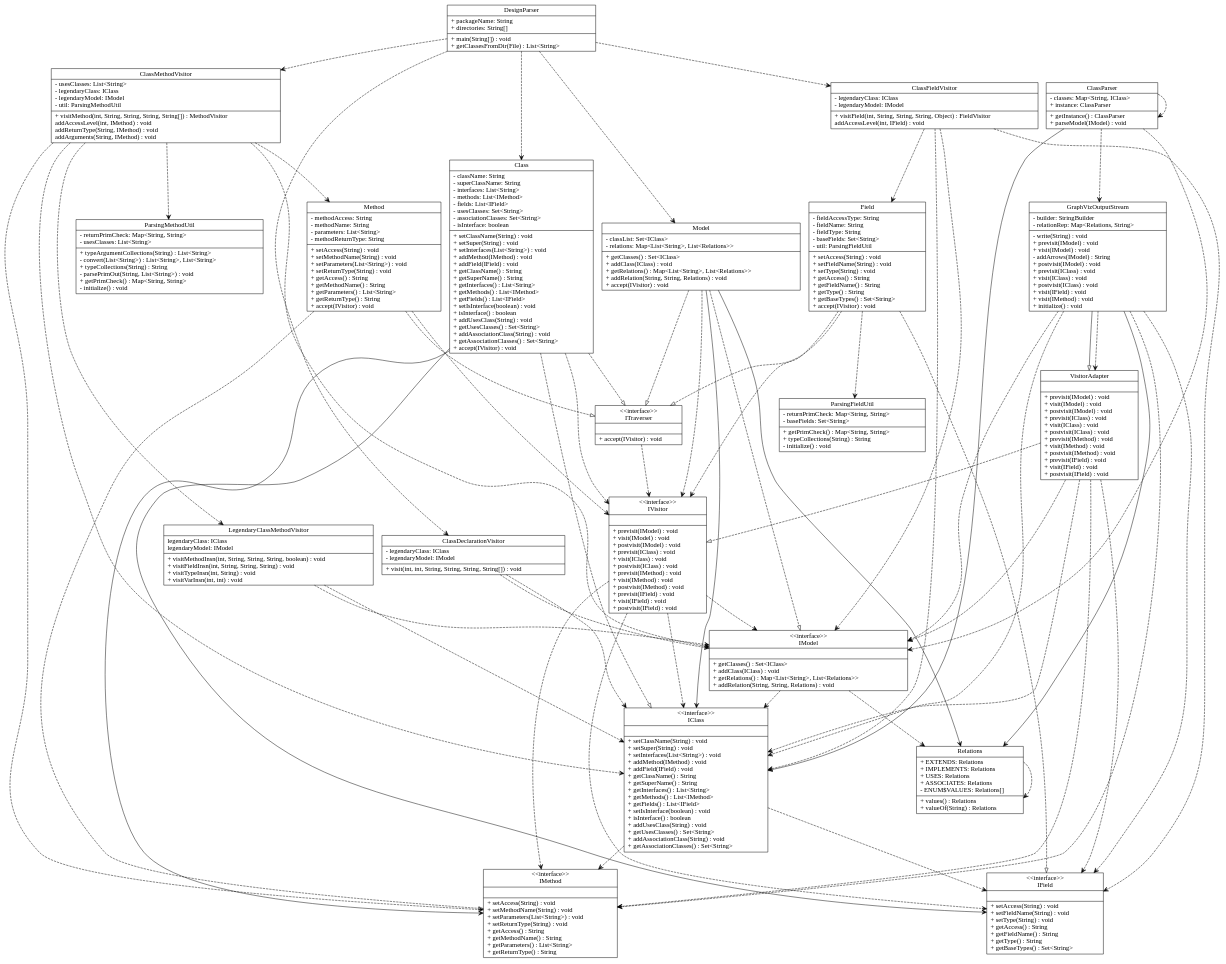
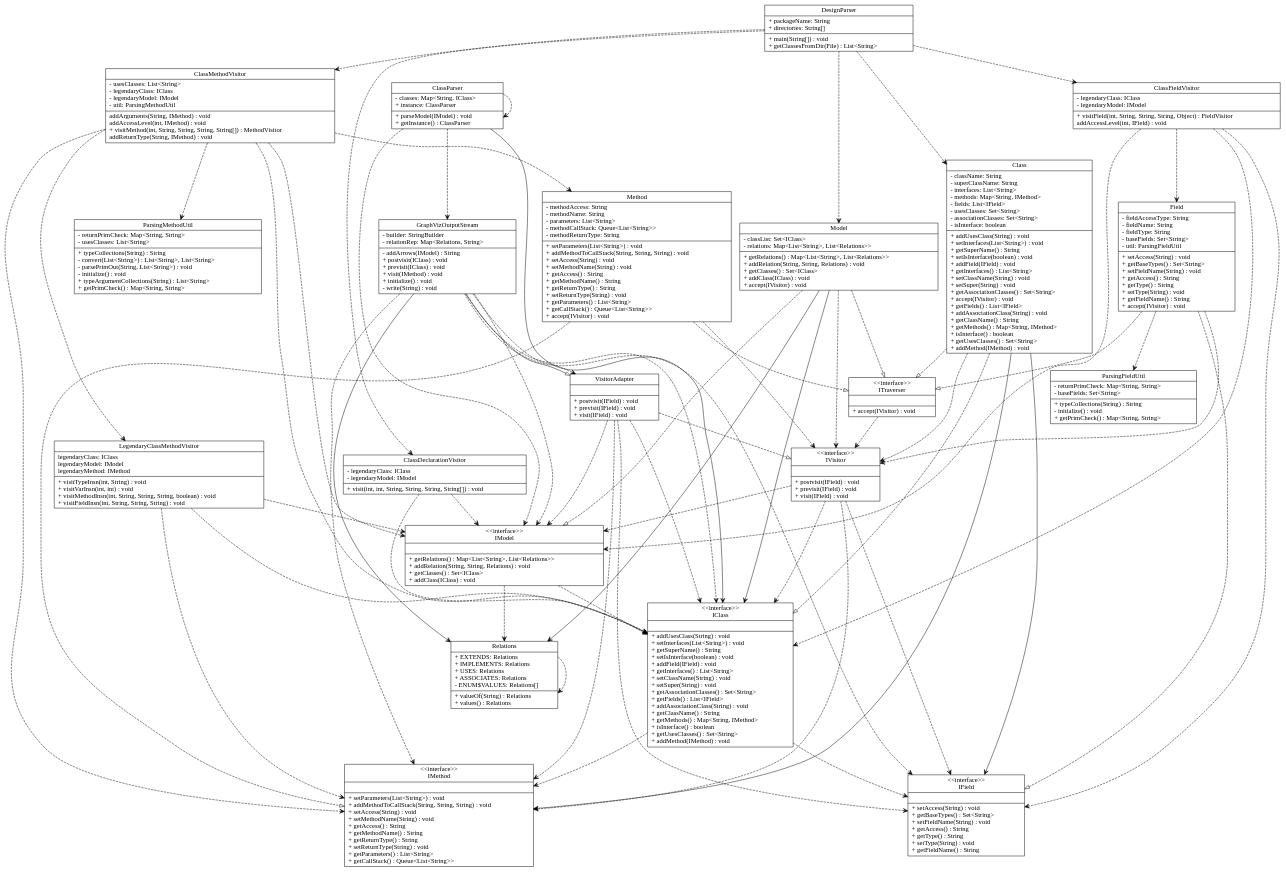
The diagram in input_output/text.dot (pastorsj/LegendaryPatterns), drawn with Graphviz before and after one commit. The commit also changed 7 other files, not shown here.

```diff
--- a/input_output/text.dot
+++ b/input_output/text.dot
@@ -5,34 +5,28 @@
 	- methodAccess: String\l
 	- methodName: String\l
 	- parameters: List\<String\>\l
+	- methodCallStack: Queue\<List\<String\>\>\l
 	- methodReturnType: String\l
 	|
+	+ setParameters(List\<String\>) : void\l
+	+ addMethodToCallStack(String, String, String) : void\l
 	+ setAccess(String) : void\l
 	+ setMethodName(String) : void\l
-	+ setParameters(List\<String\>) : void\l
-	+ setReturnType(String) : void\l
 	+ getAccess() : String\l
 	+ getMethodName() : String\l
+	+ getReturnType() : String\l
+	+ setReturnType(String) : void\l
 	+ getParameters() : List\<String\>\l
-	+ getReturnType() : String\l
+	+ getCallStack() : Queue\<List\<String\>\>\l
 	+ accept(IVisitor) : void\l
 	}"
 	]
 VisitorAdapter [
 	label = "{VisitorAdapter|
 	|
-	+ previsit(IModel) : void\l
-	+ visit(IModel) : void\l
-	+ postvisit(IModel) : void\l
-	+ previsit(IClass) : void\l
-	+ visit(IClass) : void\l
-	+ postvisit(IClass) : void\l
-	+ previsit(IMethod) : void\l
-	+ visit(IMethod) : void\l
-	+ postvisit(IMethod) : void\l
+	+ postvisit(IField) : void\l
 	+ previsit(IField) : void\l
 	+ visit(IField) : void\l
-	+ postvisit(IField) : void\l
 	}"
 	]
 ClassFieldVisitor [
@@ -49,29 +43,29 @@
 	- className: String\l
 	- superClassName: String\l
 	- interfaces: List\<String\>\l
-	- methods: List\<IMethod\>\l
+	- methods: Map\<String, IMethod\>\l
 	- fields: List\<IField\>\l
 	- usesClasses: Set\<String\>\l
 	- associationClasses: Set\<String\>\l
 	- isInterface: boolean\l
 	|
+	+ addUsesClass(String) : void\l
+	+ setInterfaces(List\<String\>) : void\l
+	+ getSuperName() : String\l
+	+ setIsInterface(boolean) : void\l
+	+ addField(IField) : void\l
+	+ getInterfaces() : List\<String\>\l
 	+ setClassName(String) : void\l
 	+ setSuper(String) : void\l
-	+ setInterfaces(List\<String\>) : void\l
-	+ addMethod(IMethod) : void\l
-	+ addField(IField) : void\l
-	+ getClassName() : String\l
-	+ getSuperName() : String\l
-	+ getInterfaces() : List\<String\>\l
-	+ getMethods() : List\<IMethod\>\l
-	+ getFields() : List\<IField\>\l
-	+ setIsInterface(boolean) : void\l
-	+ isInterface() : boolean\l
-	+ addUsesClass(String) : void\l
-	+ getUsesClasses() : Set\<String\>\l
-	+ addAssociationClass(String) : void\l
 	+ getAssociationClasses() : Set\<String\>\l
 	+ accept(IVisitor) : void\l
+	+ getFields() : List\<IField\>\l
+	+ addAssociationClass(String) : void\l
+	+ getClassName() : String\l
+	+ getMethods() : Map\<String, IMethod\>\l
+	+ isInterface() : boolean\l
+	+ getUsesClasses() : Set\<String\>\l
+	+ addMethod(IMethod) : void\l
 	}"
 	]
 Model [
@@ -79,10 +73,10 @@
 	- classList: Set\<IClass\>\l
 	- relations: Map\<List\<String\>, List\<Relations\>\>\l
 	|
+	+ getRelations() : Map\<List\<String\>, List\<Relations\>\>\l
+	+ addRelation(String, String, Relations) : void\l
 	+ getClasses() : Set\<IClass\>\l
 	+ addClass(IClass) : void\l
-	+ getRelations() : Map\<List\<String\>, List\<Relations\>\>\l
-	+ addRelation(String, String, Relations) : void\l
 	+ accept(IVisitor) : void\l
 	}"
 	]
@@ -91,12 +85,12 @@
 	- returnPrimCheck: Map\<String, String\>\l
 	- usesClasses: List\<String\>\l
 	|
+	+ typeCollections(String) : String\l
+	- convert(List\<String\>) : List\<String\>, List\<String\>\l
+	- parsePrimOut(String, List\<String\>) : void\l
+	- initialize() : void\l
 	+ typeArgumentCollections(String) : List\<String\>\l
-	- convert(List\<String\>) : List\<String\>, List\<String\>\l
-	+ typeCollections(String) : String\l
-	- parsePrimOut(String, List\<String\>) : void\l
 	+ getPrimCheck() : Map\<String, String\>\l
-	- initialize() : void\l
 	}"
 	]
 ParsingFieldUtil [
@@ -104,9 +98,9 @@
 	- returnPrimCheck: Map\<String, String\>\l
 	- baseFields: Set\<String\>\l
 	|
-	+ getPrimCheck() : Map\<String, String\>\l
 	+ typeCollections(String) : String\l
 	- initialize() : void\l
+	+ getPrimCheck() : Map\<String, String\>\l
 	}"
 	]
 Field [
@@ -118,26 +112,28 @@
 	- util: ParsingFieldUtil\l
 	|
 	+ setAccess(String) : void\l
+	+ getBaseTypes() : Set\<String\>\l
 	+ setFieldName(String) : void\l
+	+ getAccess() : String\l
+	+ getType() : String\l
 	+ setType(String) : void\l
-	+ getAccess() : String\l
 	+ getFieldName() : String\l
-	+ getType() : String\l
-	+ getBaseTypes() : Set\<String\>\l
 	+ accept(IVisitor) : void\l
 	}"
 	]
 IMethod [
 	label = "{\<\<interface\>\>\nIMethod|
 	|
+	+ setParameters(List\<String\>) : void\l
+	+ addMethodToCallStack(String, String, String) : void\l
 	+ setAccess(String) : void\l
 	+ setMethodName(String) : void\l
-	+ setParameters(List\<String\>) : void\l
-	+ setReturnType(String) : void\l
 	+ getAccess() : String\l
 	+ getMethodName() : String\l
+	+ getReturnType() : String\l
+	+ setReturnType(String) : void\l
 	+ getParameters() : List\<String\>\l
-	+ getReturnType() : String\l
+	+ getCallStack() : Queue\<List\<String\>\>\l
 	}"
 	]
 Relations [
@@ -148,8 +144,8 @@
 	+ ASSOCIATES: Relations\l
 	- ENUM$VALUES: Relations[]\l
 	|
+	+ valueOf(String) : Relations\l
 	+ values() : Relations\l
-	+ valueOf(String) : Relations\l
 	}"
 	]
 GraphVizOutputStream [
@@ -157,50 +153,45 @@
 	- builder: StringBuilder\l
 	- relationRep: Map\<Relations, String\>\l
 	|
-	- write(String) : void\l
-	+ previsit(IModel) : void\l
-	+ visit(IModel) : void\l
 	- addArrows(IModel) : String\l
-	+ postvisit(IModel) : void\l
+	+ postvisit(IClass) : void\l
 	+ previsit(IClass) : void\l
-	+ visit(IClass) : void\l
-	+ postvisit(IClass) : void\l
-	+ visit(IField) : void\l
 	+ visit(IMethod) : void\l
 	+ initialize() : void\l
+	- write(String) : void\l
 	}"
 	]
 IClass [
 	label = "{\<\<interface\>\>\nIClass|
 	|
+	+ addUsesClass(String) : void\l
+	+ setInterfaces(List\<String\>) : void\l
+	+ getSuperName() : String\l
+	+ setIsInterface(boolean) : void\l
+	+ addField(IField) : void\l
+	+ getInterfaces() : List\<String\>\l
 	+ setClassName(String) : void\l
 	+ setSuper(String) : void\l
-	+ setInterfaces(List\<String\>) : void\l
+	+ getAssociationClasses() : Set\<String\>\l
+	+ getFields() : List\<IField\>\l
+	+ addAssociationClass(String) : void\l
+	+ getClassName() : String\l
+	+ getMethods() : Map\<String, IMethod\>\l
+	+ isInterface() : boolean\l
+	+ getUsesClasses() : Set\<String\>\l
 	+ addMethod(IMethod) : void\l
-	+ addField(IField) : void\l
-	+ getClassName() : String\l
-	+ getSuperName() : String\l
-	+ getInterfaces() : List\<String\>\l
-	+ getMethods() : List\<IMethod\>\l
-	+ getFields() : List\<IField\>\l
-	+ setIsInterface(boolean) : void\l
-	+ isInterface() : boolean\l
-	+ addUsesClass(String) : void\l
-	+ getUsesClasses() : Set\<String\>\l
-	+ addAssociationClass(String) : void\l
-	+ getAssociationClasses() : Set\<String\>\l
 	}"
 	]
 IField [
 	label = "{\<\<interface\>\>\nIField|
 	|
 	+ setAccess(String) : void\l
+	+ getBaseTypes() : Set\<String\>\l
 	+ setFieldName(String) : void\l
+	+ getAccess() : String\l
+	+ getType() : String\l
 	+ setType(String) : void\l
-	+ getAccess() : String\l
 	+ getFieldName() : String\l
-	+ getType() : String\l
-	+ getBaseTypes() : Set\<String\>\l
 	}"
 	]
 ClassMethodVisitor [
@@ -210,10 +201,10 @@
 	- legendaryModel: IModel\l
 	- util: ParsingMethodUtil\l
 	|
+	 addArguments(String, IMethod) : void\l
+	 addAccessLevel(int, IMethod) : void\l
 	+ visitMethod(int, String, String, String, String[]) : MethodVisitor\l
-	 addAccessLevel(int, IMethod) : void\l
 	 addReturnType(String, IMethod) : void\l
-	 addArguments(String, IMethod) : void\l
 	}"
 	]
 ClassDeclarationVisitor [
@@ -228,37 +219,29 @@
 	label = "{LegendaryClassMethodVisitor|
 	 legendaryClass: IClass\l
 	 legendaryModel: IModel\l
+	 legendaryMethod: IMethod\l
 	|
+	+ visitTypeInsn(int, String) : void\l
+	+ visitVarInsn(int, int) : void\l
 	+ visitMethodInsn(int, String, String, String, boolean) : void\l
 	+ visitFieldInsn(int, String, String, String) : void\l
-	+ visitTypeInsn(int, String) : void\l
-	+ visitVarInsn(int, int) : void\l
 	}"
 	]
 IVisitor [
 	label = "{\<\<interface\>\>\nIVisitor|
 	|
-	+ previsit(IModel) : void\l
-	+ visit(IModel) : void\l
-	+ postvisit(IModel) : void\l
-	+ previsit(IClass) : void\l
-	+ visit(IClass) : void\l
-	+ postvisit(IClass) : void\l
-	+ previsit(IMethod) : void\l
-	+ visit(IMethod) : void\l
-	+ postvisit(IMethod) : void\l
+	+ postvisit(IField) : void\l
 	+ previsit(IField) : void\l
 	+ visit(IField) : void\l
-	+ postvisit(IField) : void\l
 	}"
 	]
 IModel [
 	label = "{\<\<interface\>\>\nIModel|
 	|
+	+ getRelations() : Map\<List\<String\>, List\<Relations\>\>\l
+	+ addRelation(String, String, Relations) : void\l
 	+ getClasses() : Set\<IClass\>\l
 	+ addClass(IClass) : void\l
-	+ getRelations() : Map\<List\<String\>, List\<Relations\>\>\l
-	+ addRelation(String, String, Relations) : void\l
 	}"
 	]
 ITraverser [
@@ -281,8 +264,8 @@
 	- classes: Map\<String, IClass\>\l
 	+ instance: ClassParser\l
 	|
+	+ parseModel(IModel) : void\l
 	+ getInstance() : ClassParser\l
-	+ parseModel(IModel) : void\l
 	}"
 	]
 	edge [style = "solid"] [arrowhead = "open"]
@@ -400,6 +383,8 @@
 	edge [style = "dashed"] [arrowhead = "empty"]
 	Method->ITraverser
 	edge [style = "dashed"] [arrowhead = "open"]
+	LegendaryClassMethodVisitor->IMethod
+	edge [style = "dashed"] [arrowhead = "open"]
 	DesignParser->ClassDeclarationVisitor
 	edge [style = "dashed"] [arrowhead = "empty"]
 	Class->IClass
```
